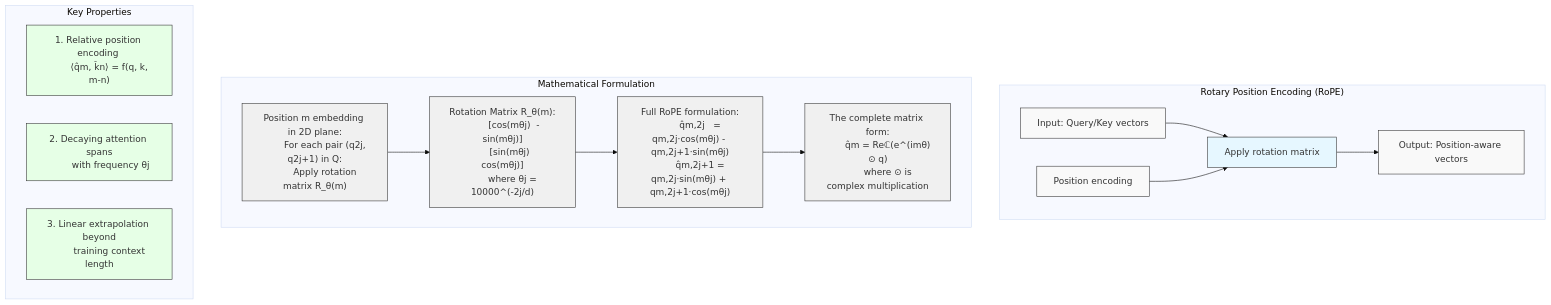
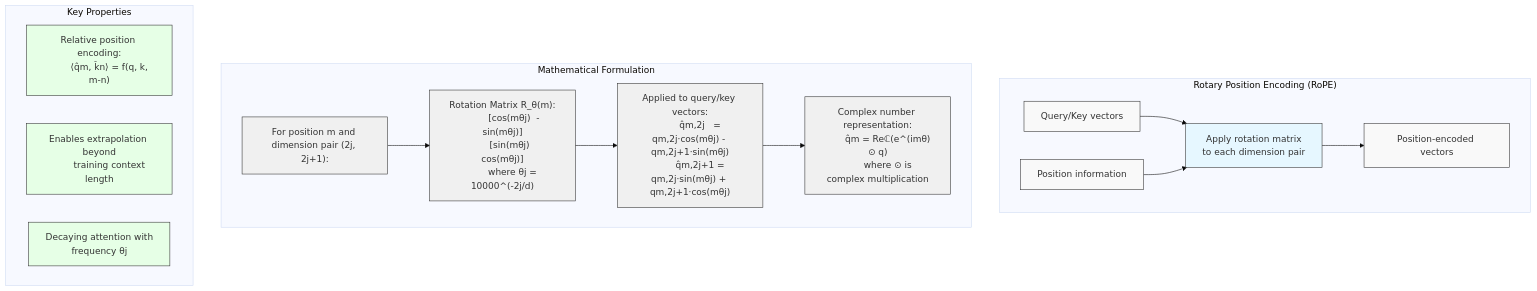
The diagram in rope-position-encoding.mermaid (HarshTomar1234/VLMverse), drawn with Mermaid (base theme) before and after one commit.

````diff
--- a/rope-position-encoding.mermaid
+++ b/rope-position-encoding.mermaid
@@ -1,57 +1,50 @@
-graph TB
+```mermaid
+graph TD
     subgraph "Rotary Position Encoding (RoPE)"
-        A[Input: Query/Key vectors]
-        B[Position encoding]
-        C[Apply rotation matrix]
-        D[Output: Position-aware vectors]
-        
-        A --> C
-        B --> C
-        C --> D
-        
-        style A fill:#f9f9f9,stroke:#333,stroke-width:1px
-        style B fill:#f9f9f9,stroke:#333,stroke-width:1px
-        style C fill:#e6f7ff,stroke:#333,stroke-width:1px
-        style D fill:#f9f9f9,stroke:#333,stroke-width:1px
+        A[Query/Key vectors] --> C
+        B[Position information] --> C
+        C[Apply rotation matrix\nto each dimension pair] --> D[Position-encoded vectors]
     end
     
     subgraph "Mathematical Formulation"
-        E["Position m embedding in 2D plane:
-        For each pair (q2j, q2j+1) in Q:
-        Apply rotation matrix R_θ(m)"]
+        E["For position m and dimension pair (2j, 2j+1):"]
         
         F["Rotation Matrix R_θ(m):
         [cos(mθj)  -sin(mθj)]
         [sin(mθj)   cos(mθj)]
         where θj = 10000^(-2j/d)"]
         
-        G["Full RoPE formulation:
+        G["Applied to query/key vectors:
         q̂m,2j   = qm,2j·cos(mθj) - qm,2j+1·sin(mθj)
         q̂m,2j+1 = qm,2j·sin(mθj) + qm,2j+1·cos(mθj)"]
         
-        H["The complete matrix form:
+        H["Complex number representation:
         q̂m = Reℂ(e^(imθ) ⊙ q)
         where ⊙ is complex multiplication"]
         
         E --> F --> G --> H
-        
-        style E fill:#f0f0f0,stroke:#333,stroke-width:1px
-        style F fill:#f0f0f0,stroke:#333,stroke-width:1px
-        style G fill:#f0f0f0,stroke:#333,stroke-width:1px
-        style H fill:#f0f0f0,stroke:#333,stroke-width:1px
     end
     
     subgraph "Key Properties"
-        I["1. Relative position encoding 
+        I["Relative position encoding:
         ⟨q̂m, k̂n⟩ = f(q, k, m-n)"]
         
-        J["2. Decaying attention spans
-        with frequency θj"]
-        
-        K["3. Linear extrapolation beyond
+        J["Enables extrapolation beyond
         training context length"]
         
-        style I fill:#e6ffe6,stroke:#333,stroke-width:1px
-        style J fill:#e6ffe6,stroke:#333,stroke-width:1px
-        style K fill:#e6ffe6,stroke:#333,stroke-width:1px
+        K["Decaying attention with
+        frequency θj"]
     end
+    
+    style A fill:#f9f9f9,stroke:#333,stroke-width:1px
+    style B fill:#f9f9f9,stroke:#333,stroke-width:1px
+    style C fill:#e6f7ff,stroke:#333,stroke-width:1px
+    style D fill:#f9f9f9,stroke:#333,stroke-width:1px
+    style E fill:#f0f0f0,stroke:#333,stroke-width:1px
+    style F fill:#f0f0f0,stroke:#333,stroke-width:1px
+    style G fill:#f0f0f0,stroke:#333,stroke-width:1px
+    style H fill:#f0f0f0,stroke:#333,stroke-width:1px
+    style I fill:#e6ffe6,stroke:#333,stroke-width:1px
+    style J fill:#e6ffe6,stroke:#333,stroke-width:1px
+    style K fill:#e6ffe6,stroke:#333,stroke-width:1px
+```
````
